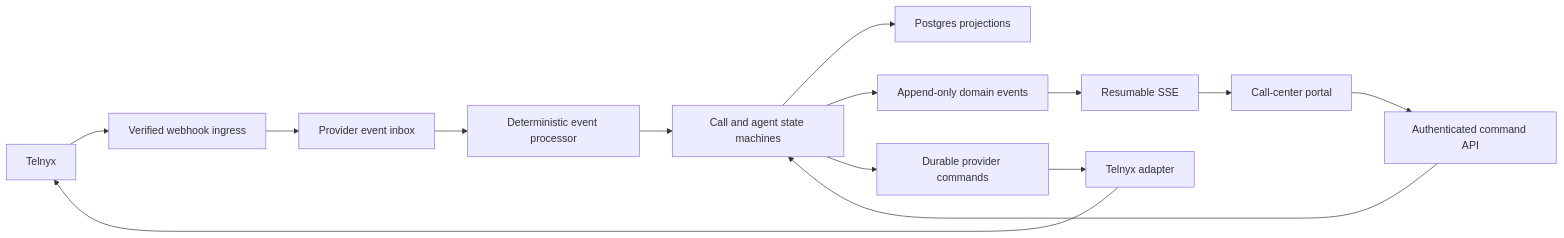
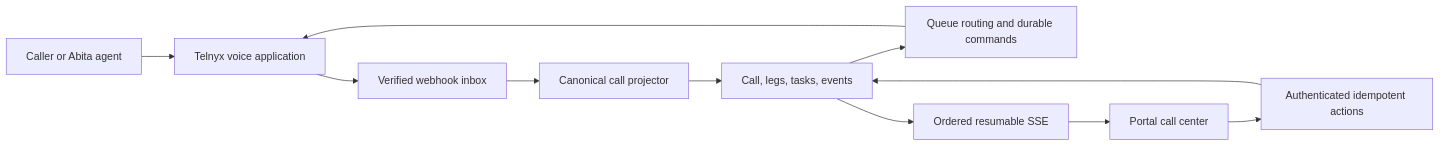
The diagram in CALL_CENTER_PLATFORM_SPEC.md (Data-Buddies-Solutions/acuity_site), drawn with Mermaid before and after one commit. The commit also changed other lines of this file and 204 other files, not shown here.

Commit message:
Simplify call center to one canonical runtime (#158)

````diff
--- a/CALL_CENTER_PLATFORM_SPEC.md
+++ b/CALL_CENTER_PLATFORM_SPEC.md
@@ -214,16 +30,13 @@
 ```mermaid
 flowchart LR
-  Provider["Telnyx"] --> Webhook["Verified webhook ingress"]
-  Webhook --> Inbox["Provider event inbox"]
-  Inbox --> Processor["Deterministic event processor"]
-  Processor --> State["Call and agent state machines"]
-  State --> Database["Postgres projections"]
-  State --> Events["Append-only domain events"]
-  State --> Commands["Durable provider commands"]
-  Commands --> Adapter["Telnyx adapter"]
-  Adapter --> Provider
-  Events --> Stream["Resumable SSE"]
-  Stream --> Portal["Call-center portal"]
-  Portal --> API["Authenticated command API"]
-  API --> State
+  Caller["Caller or Abita agent"] --> Telnyx["Telnyx voice application"]
+  Telnyx --> Webhook["Verified webhook inbox"]
+  Webhook --> Projector["Canonical call projector"]
+  Projector --> Call["Call, legs, tasks, events"]
+  Call --> Router["Queue routing and durable commands"]
+  Router --> Telnyx
+  Call --> SSE["Ordered resumable SSE"]
+  SSE --> Portal["Portal call center"]
+  Portal --> API["Authenticated idempotent actions"]
+  API --> Call
 ```
````
